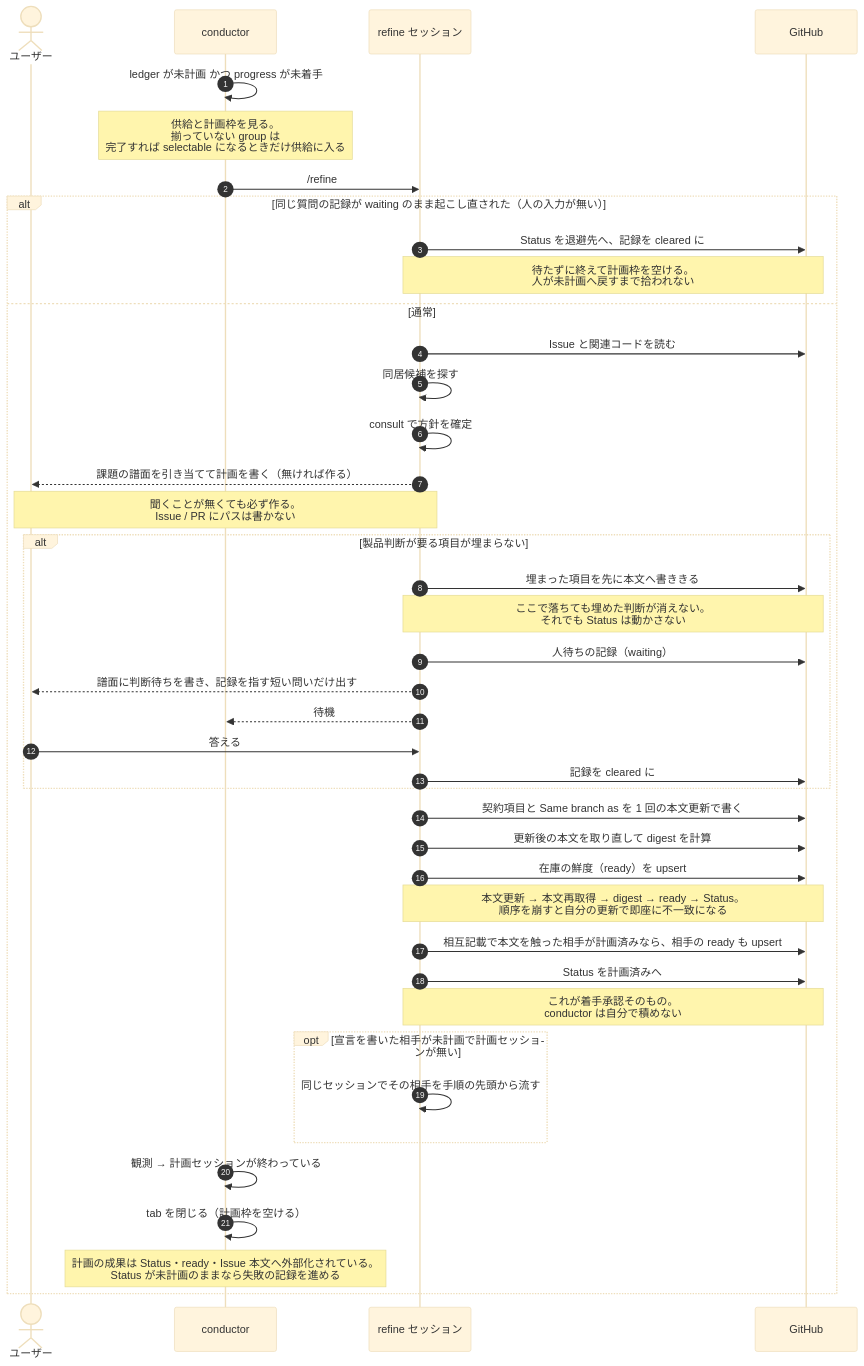
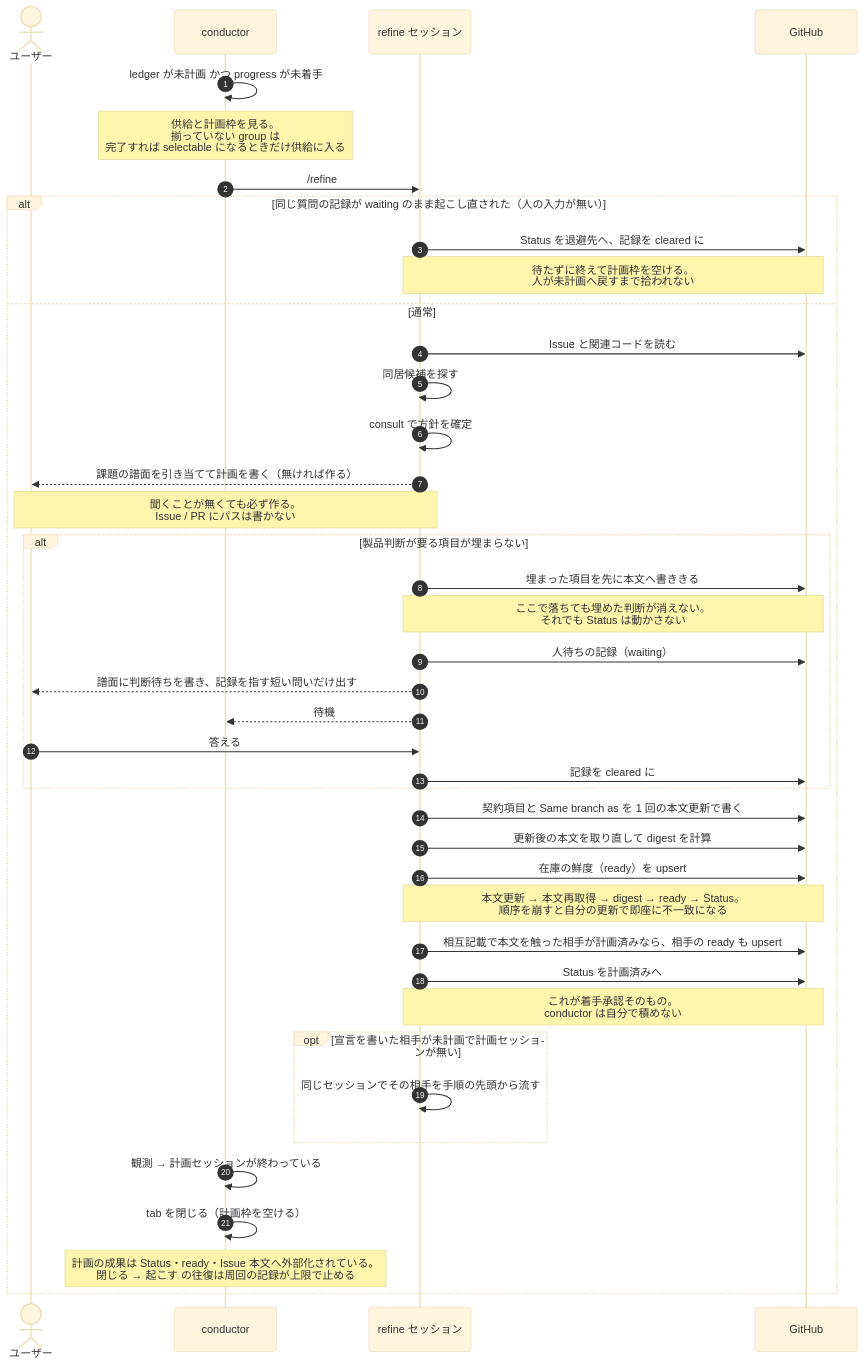
One commit to usagizmo/agentfiles changed the fourth of 4 diagrams in agents/docs/lifecycle.md. Above: the diagram before and after it, drawn with Mermaid (base theme). The commit also changed other lines of this file and 15 other files, not shown here.

````diff
--- a/agents/docs/lifecycle.md
+++ b/agents/docs/lifecycle.md
@@ -175,46 +175,46 @@
 ```mermaid
 sequenceDiagram
     autonumber
     actor U as ユーザー
     participant C as conductor
     participant F as refine セッション
     participant GH as GitHub
 
     C->>C: ledger が未計画 かつ progress が未着手
     Note over C: 供給と計画枠を見る。<br/>揃っていない group は<br/>完了すれば selectable になるときだけ供給に入る
     C->>F: /refine #N
     alt 同じ質問の記録が waiting のまま起こし直された（人の入力が無い）
         F->>GH: Status を退避先へ、記録を cleared に
         Note over F,GH: 待たずに終えて計画枠を空ける。<br/>人が未計画へ戻すまで拾われない
     else 通常
         F->>GH: Issue と関連コードを読む
         F->>F: 同居候補を探す
         F->>F: consult で方針を確定
         F-->>U: 課題の譜面を引き当てて計画を書く（無ければ作る）
         Note over F,U: 聞くことが無くても必ず作る。<br/>Issue / PR にパスは書かない
 
         alt 製品判断が要る項目が埋まらない
             F->>GH: 埋まった項目を先に本文へ書ききる
             Note over F,GH: ここで落ちても埋めた判断が消えない。<br/>それでも Status は動かさない
             F->>GH: 人待ちの記録（waiting）
             F-->>U: 譜面に判断待ちを書き、記録を指す短い問いだけ出す
             F-->>C: 待機
             U->>F: 答える
             F->>GH: 記録を cleared に
         end
 
         F->>GH: 契約項目と Same branch as を 1 回の本文更新で書く
         F->>GH: 更新後の本文を取り直して digest を計算
         F->>GH: 在庫の鮮度（ready）を upsert
         Note over F,GH: 本文更新 → 本文再取得 → digest → ready → Status。<br/>順序を崩すと自分の更新で即座に不一致になる
         F->>GH: 相互記載で本文を触った相手が計画済みなら、相手の ready も upsert
         F->>GH: Status を計画済みへ
         Note over F,GH: これが着手承認そのもの。<br/>conductor は自分で積めない
         opt 宣言を書いた相手が未計画で計画セッションが無い
             F->>F: 同じセッションでその相手を手順の先頭から流す
         end
         C->>C: 観測 → 計画セッションが終わっている
         C->>C: tab を閉じる（計画枠を空ける）
-        Note over C: 計画の成果は Status・ready・Issue 本文へ外部化されている。<br/>Status が未計画のままなら失敗の記録を進める
+        Note over C: 計画の成果は Status・ready・Issue 本文へ外部化されている。<br/>閉じる → 起こす の往復は周回の記録が上限で止める
     end
 ```
````
